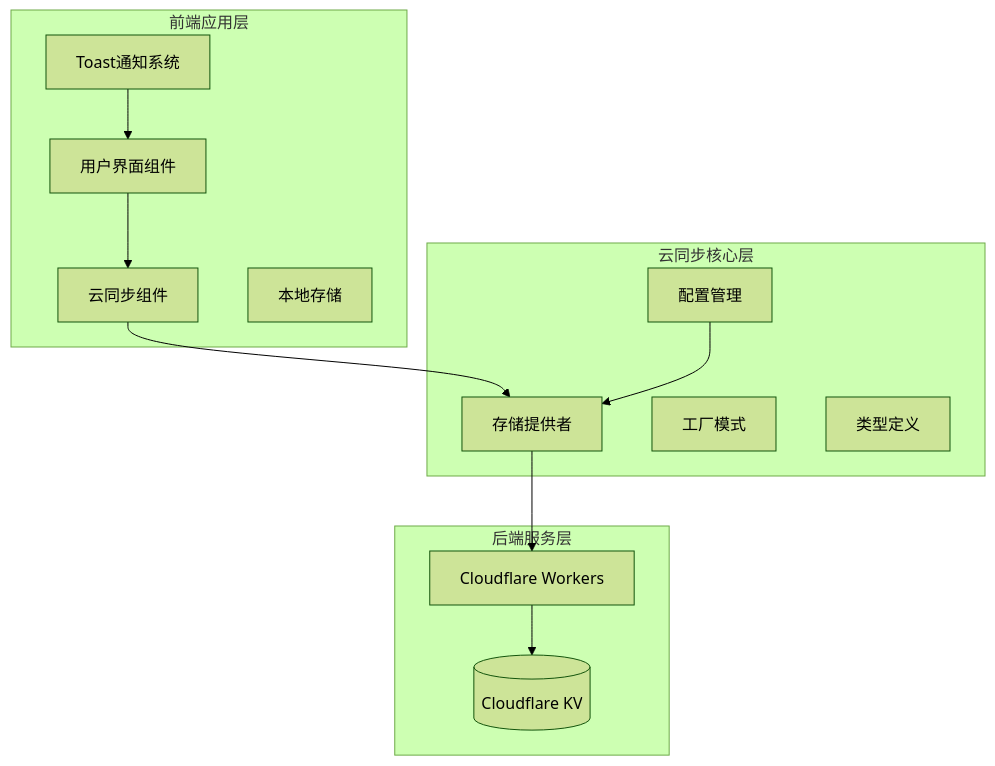
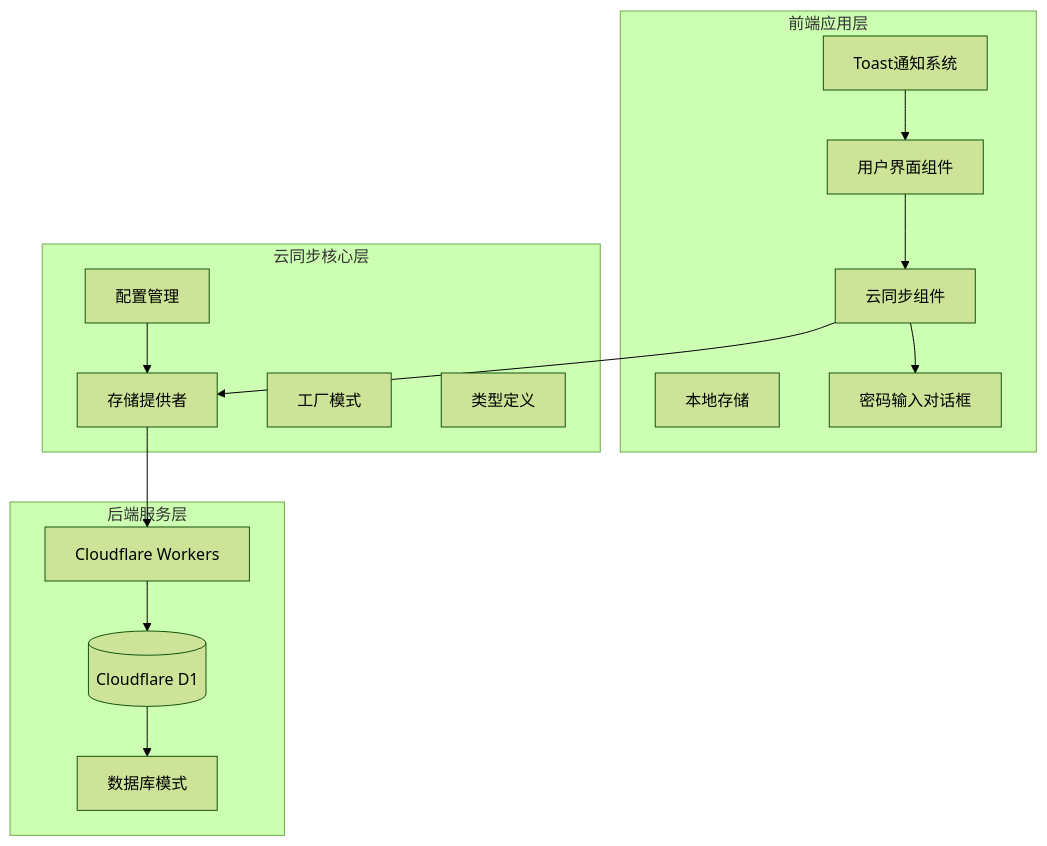
Before and after one commit to steveyu2/formula-mapper: the first of 10 diagrams in .qoder/repowiki/zh/content/用户指南/数据管理/云同步集成.md, drawn with Mermaid (forest theme). The commit also changed other lines of this file and 5 other files, not shown here.

````diff
--- a/.qoder/repowiki/zh/content/用户指南/数据管理/云同步集成.md
+++ b/.qoder/repowiki/zh/content/用户指南/数据管理/云同步集成.md
@@ -94,25 +98,29 @@
 ```mermaid
 graph TB
 subgraph "前端应用层"
 UI[用户界面组件]
 Sync[云同步组件]
 Storage[本地存储]
 Toast[Toast通知系统]
+PasswordDialog[密码输入对话框]
 end
 subgraph "云同步核心层"
 Provider[存储提供者]
 Factory[工厂模式]
 Types[类型定义]
 Config[配置管理]
 end
 subgraph "后端服务层"
 Worker[Cloudflare Workers]
-KV[(Cloudflare KV)]
+D1[(Cloudflare D1)]
+Schema[数据库模式]
 end
 UI --> Sync
+Sync --> PasswordDialog
 Sync --> Provider
 Provider --> Worker
-Worker --> KV
+Worker --> D1
+D1 --> Schema
 Toast --> UI
 Config --> Provider
 ```
````
